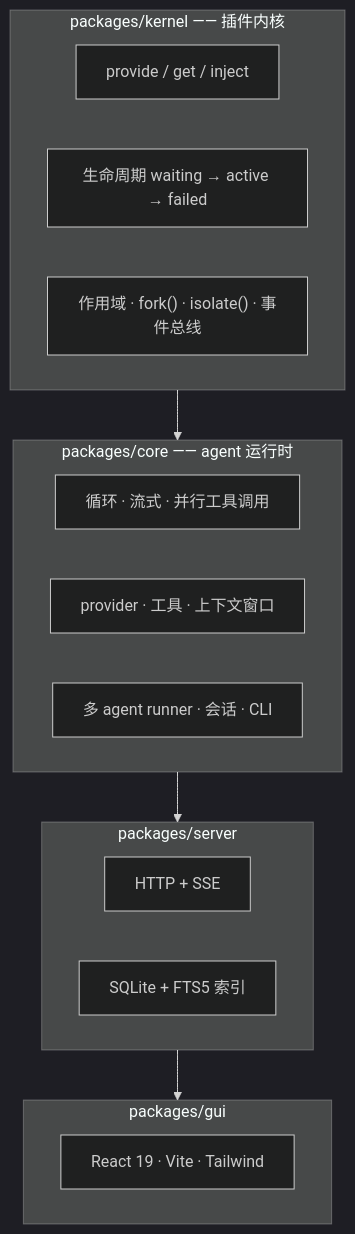
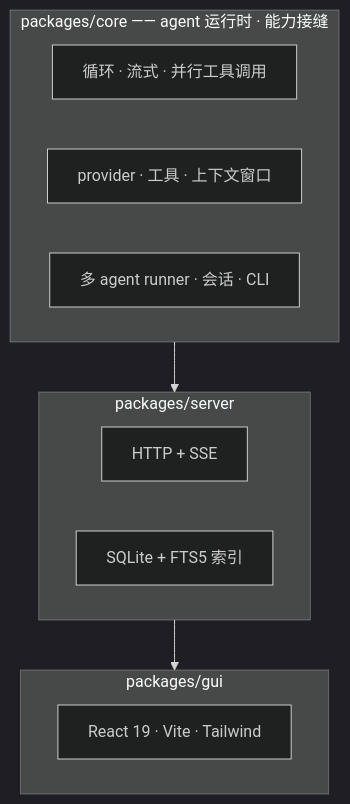
One commit to AlexZhangUPUPUP/micro-harness changed the second of 3 diagrams in README.zh-CN.md. Above: the diagram before and after it, drawn with Mermaid (dark theme). The commit also changed other lines of this file and 20 other files, not shown here.

````diff
--- a/README.zh-CN.md
+++ b/README.zh-CN.md
@@ -167,25 +178,19 @@
 ```mermaid
 flowchart TB
-  subgraph K["packages/kernel —— 插件内核"]
-    k1["provide / get / inject"]
-    k2["生命周期 waiting → active → failed"]
-    k3["作用域 · fork() · isolate() · 事件总线"]
-  end
-
-  subgraph CO["packages/core —— agent 运行时"]
+  subgraph CO["packages/core —— agent 运行时 · 能力接缝"]
     c1["循环 · 流式 · 并行工具调用"]
     c2["provider · 工具 · 上下文窗口"]
     c3["多 agent runner · 会话 · CLI"]
   end
 
   subgraph SV["packages/server"]
     s1["HTTP + SSE"]
     s2["SQLite + FTS5 索引"]
   end
 
   subgraph GU["packages/gui"]
     g1["React 19 · Vite · Tailwind"]
   end
 
-  K --> CO --> SV --> GU
+  CO --> SV --> GU
 ```
````
